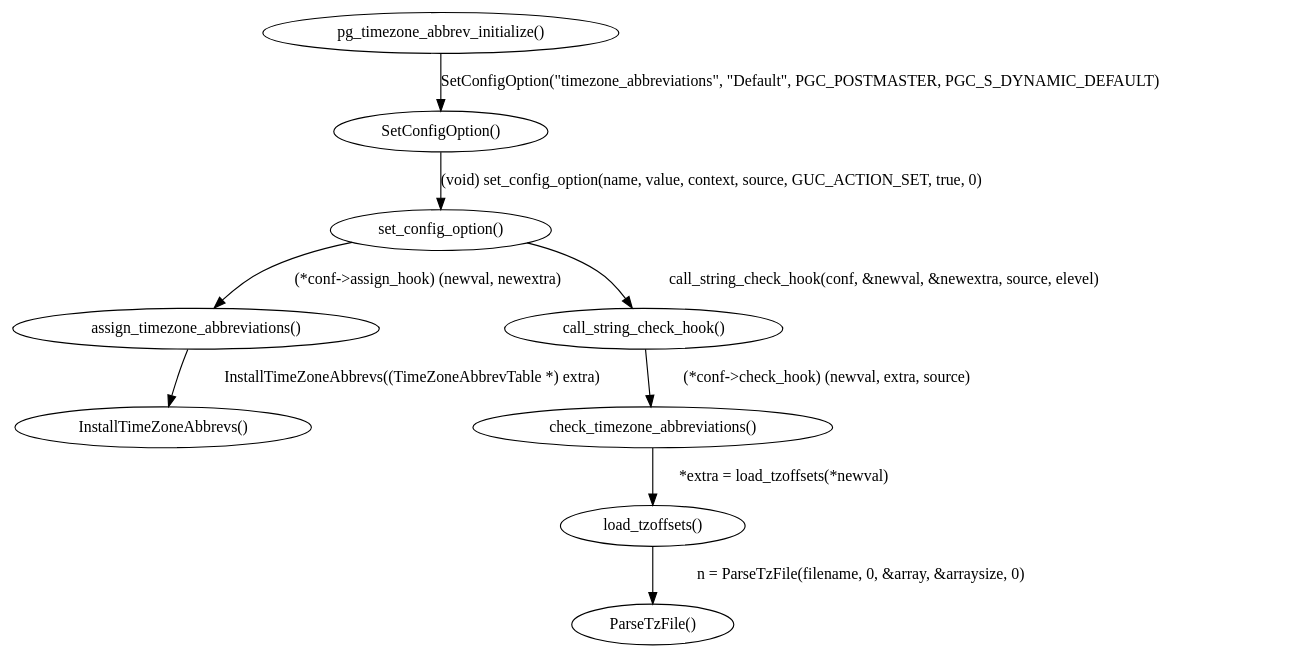
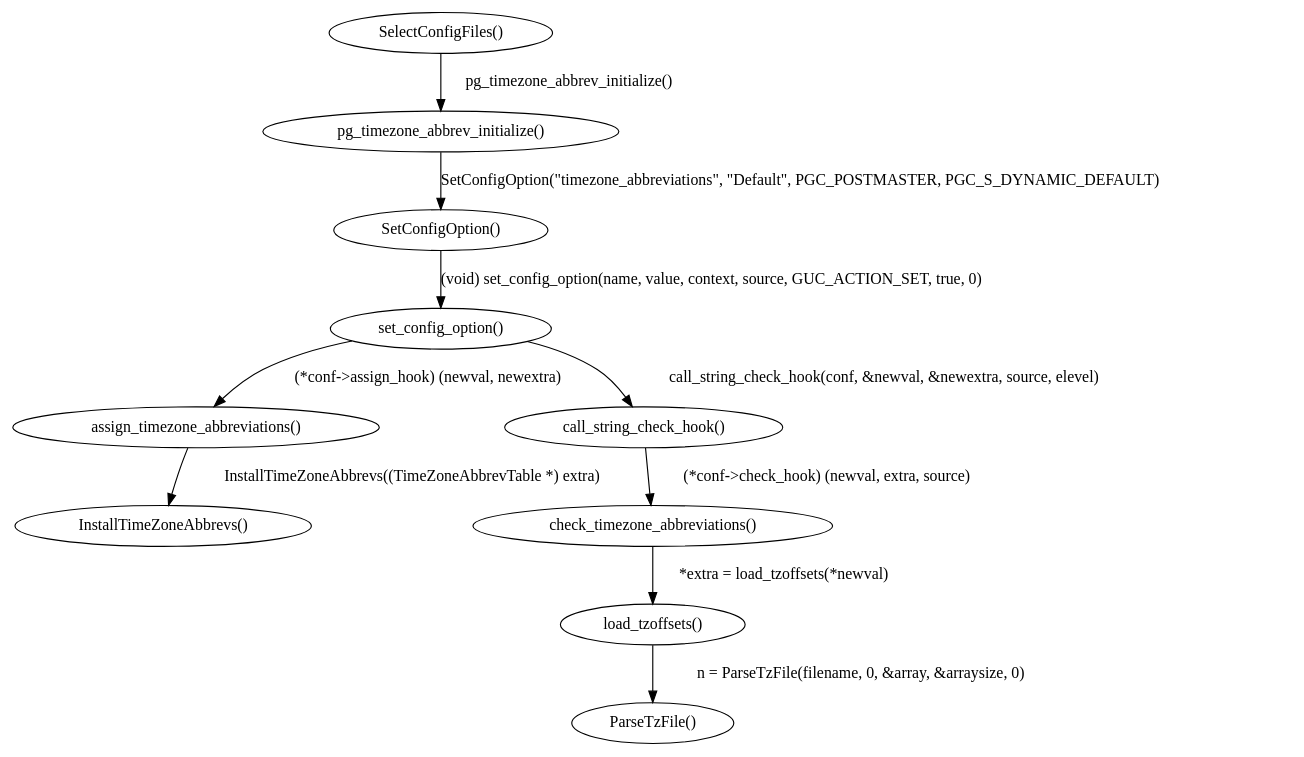
One commit to sbertrang/datizo changed the diagram in doc/guc-tz/guc-tz.gv. Above: the diagram before and after it, drawn with Graphviz.

Commit message:
add caller to pg_timezone_abbrev_initialize

```diff
--- a/doc/guc-tz/guc-tz.gv
+++ b/doc/guc-tz/guc-tz.gv
@@ -1,23 +1,26 @@
 digraph g {
 	ParseTzFile [ label = "\N()" ];
 	load_tzoffsets [ label = "\N()" ] ;
 	check_timezone_abbreviations [ label = "\N()" ];
 	assign_timezone_abbreviations [ label = "\N()" ];
 	InstallTimeZoneAbbrevs [ label = "\N()" ];
 	pg_timezone_abbrev_initialize [ label = "\N()" ];
 	set_config_option [ label = "\N()" ];
 	SetConfigOption [ label = "\N()" ];
 	call_string_check_hook[ label = "\N()" ];
+	SelectConfigFiles[ label = "\N()" ];
 
 
 	load_tzoffsets -> ParseTzFile [ label = "n = ParseTzFile(filename, 0, &array, &arraysize, 0)" ];
 	check_timezone_abbreviations -> load_tzoffsets [ label = "*extra = load_tzoffsets(*newval)" ];
 	assign_timezone_abbreviations -> InstallTimeZoneAbbrevs [ label = "InstallTimeZoneAbbrevs((TimeZoneAbbrevTable *) extra)" ];
 
 	// pg_timezone_abbrev_initialize -> assign_timezone_abbreviations;
 	pg_timezone_abbrev_initialize -> SetConfigOption [ label = <SetConfigOption("timezone_abbreviations", "Default", PGC_POSTMASTER, PGC_S_DYNAMIC_DEFAULT)> ];
 	SetConfigOption -> set_config_option [ label = <(void) set_config_option(name, value, context, source, GUC_ACTION_SET, true, 0)> ];
 	set_config_option -> call_string_check_hook [ label = "call_string_check_hook(conf, &newval, &newextra, source, elevel)" ];
 	call_string_check_hook -> check_timezone_abbreviations [ label = "(*conf->check_hook) (newval, extra, source)" ];
 	set_config_option -> assign_timezone_abbreviations [ label = "(*conf->assign_hook) (newval, newextra)" ];
+
+	SelectConfigFiles -> pg_timezone_abbrev_initialize [ label = "pg_timezone_abbrev_initialize()" ];
 }
```
